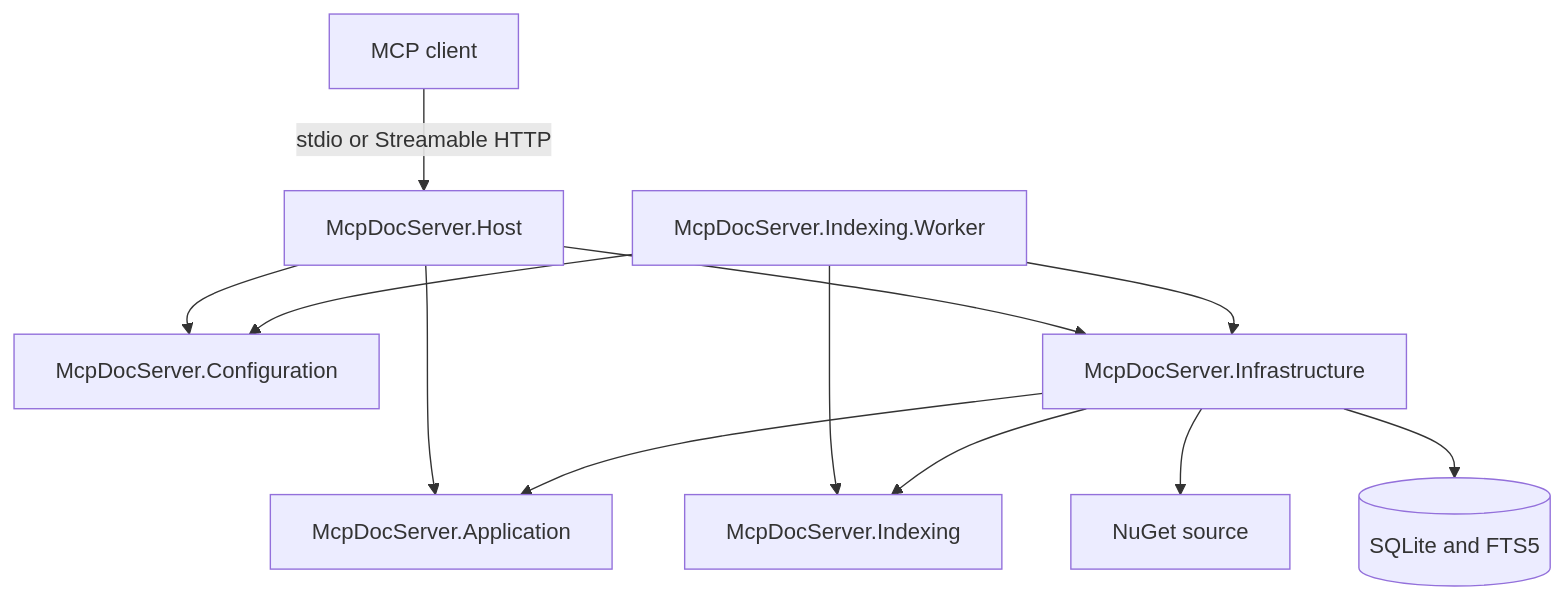
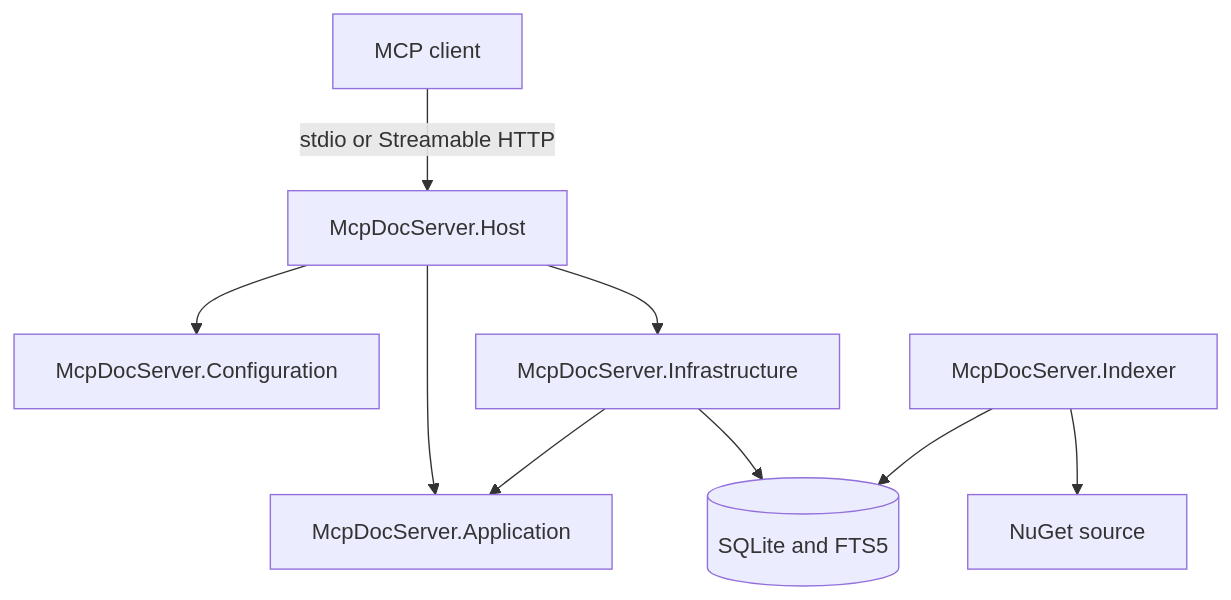
One commit to sbuyevich/mcp-doc-server changed the first of 3 diagrams in design/architecture.md. Above: the diagram before and after it, drawn with Mermaid. The commit also changed other lines of this file and 127 other files, not shown here.

````diff
--- a/design/architecture.md
+++ b/design/architecture.md
@@ -10,24 +7,20 @@
 ```mermaid
 flowchart TD
     Client[MCP client]
     Host[McpDocServer.Host]
-    Worker[McpDocServer.Indexing.Worker]
     Configuration[McpDocServer.Configuration]
     Application[McpDocServer.Application]
-    Indexing[McpDocServer.Indexing]
     Infrastructure[McpDocServer.Infrastructure]
+    Indexer[McpDocServer.Indexer]
     NuGet[NuGet source]
     Database[(SQLite and FTS5)]
 
     Client -->|stdio or Streamable HTTP| Host
+    Host --> Configuration
     Host --> Application
-    Host --> Configuration
     Host --> Infrastructure
-    Worker --> Configuration
-    Worker --> Indexing
-    Worker --> Infrastructure
     Infrastructure --> Application
-    Infrastructure --> Indexing
-    Infrastructure --> NuGet
     Infrastructure --> Database
+    Indexer --> NuGet
+    Indexer --> Database
 ```
````
